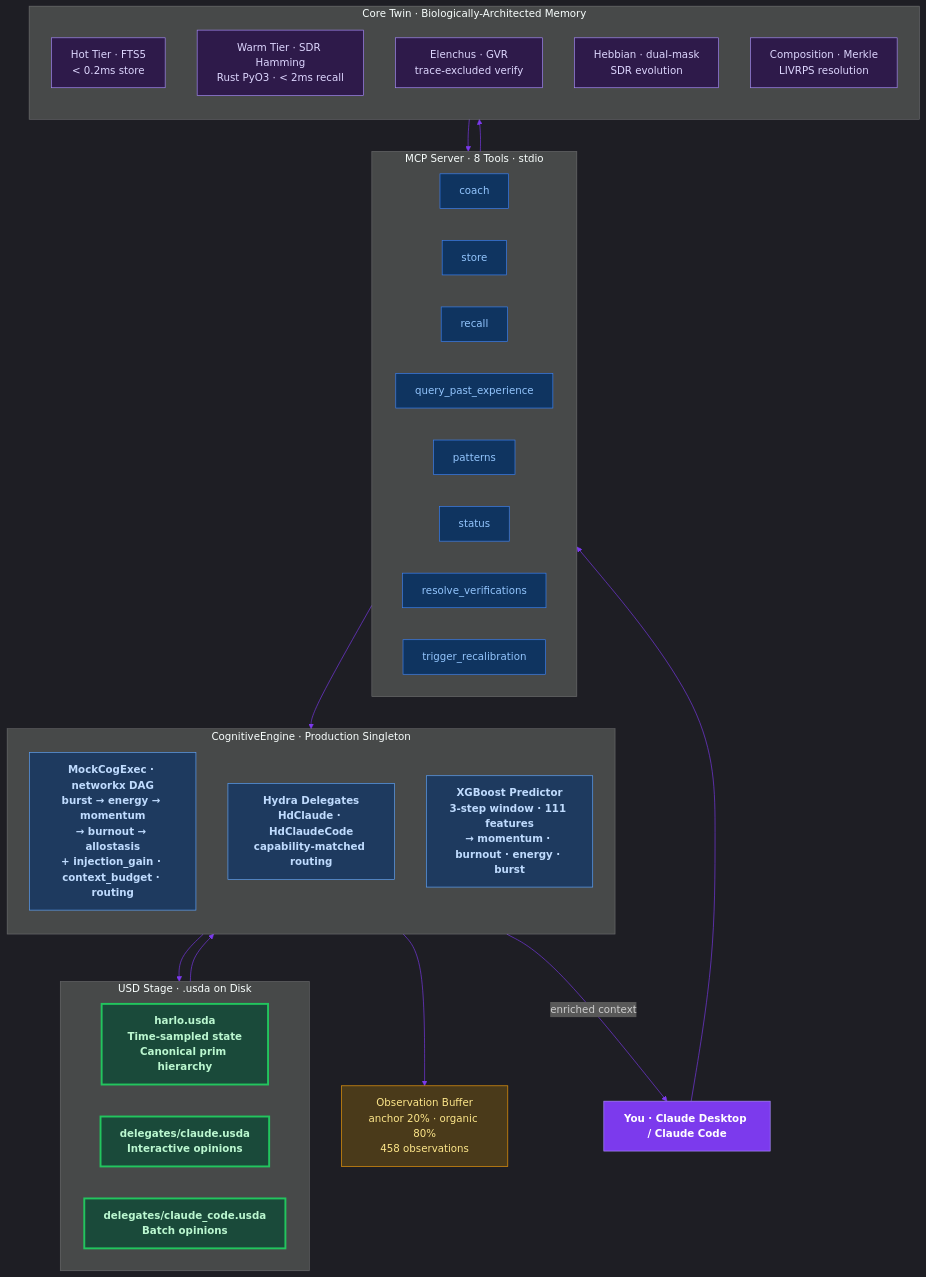
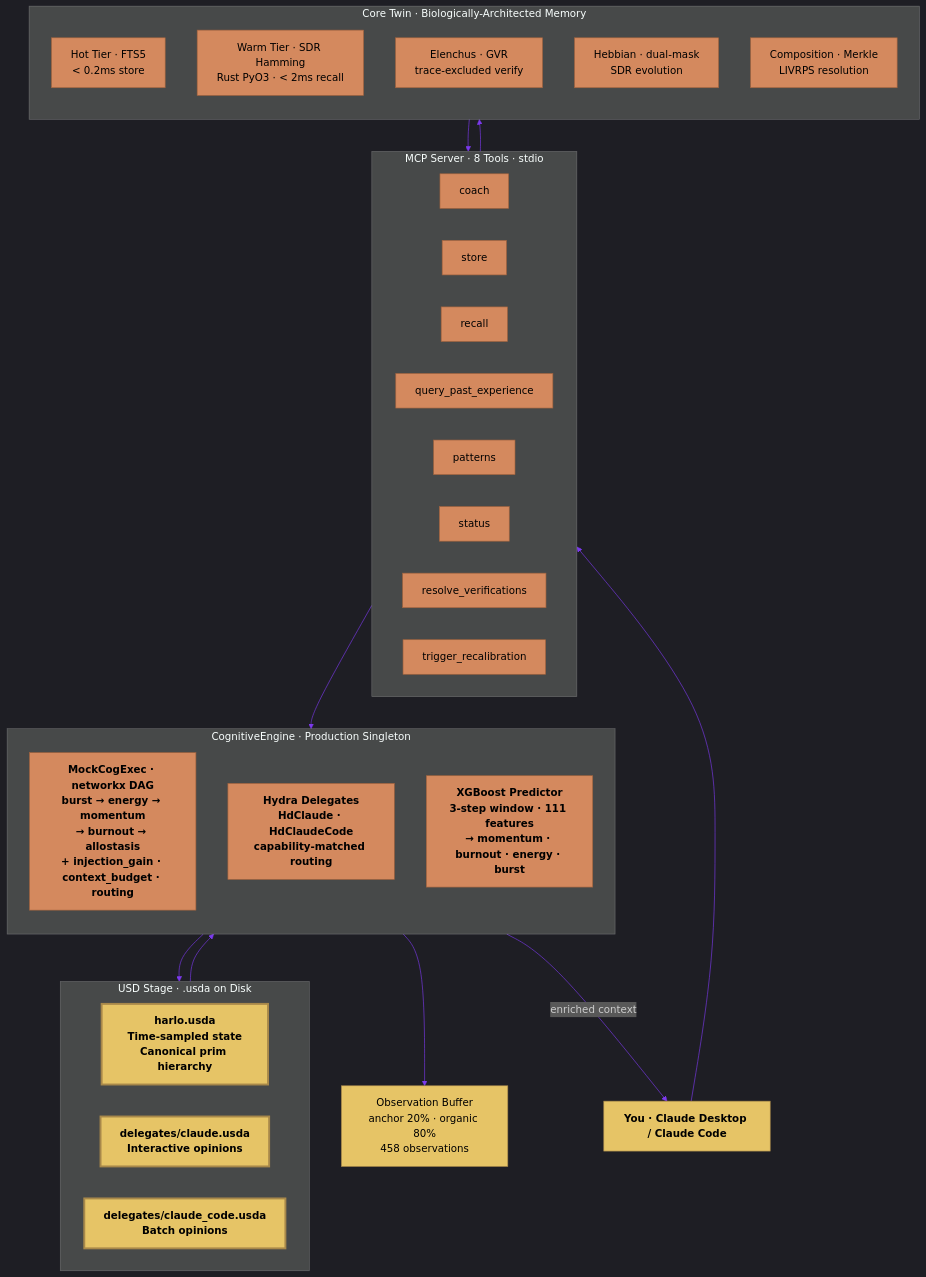
Before and after one commit to JosephOIbrahim/Harlo: the seventh of 11 diagrams in README.md, drawn with Mermaid. The commit also changed other lines of this file, not shown here.

First line of the commit message:
style(readme): unify mermaid diagrams to a 2-color muted orange/yellow scheme with black text

````diff
--- a/README.md
+++ b/README.md
@@ -449,58 +449,58 @@
 ```mermaid
 %%{init: {'theme': 'dark', 'themeVariables': {'primaryColor': '#1a1a2e', 'primaryTextColor': '#e0e0e0', 'primaryBorderColor': '#7c3aed', 'lineColor': '#7c3aed', 'secondaryColor': '#16213e', 'tertiaryColor': '#0f3460'}}}%%
 graph TB
     USER["You · Claude Desktop / Claude Code"]:::user
 
     subgraph MCP["MCP Server · 8 Tools · stdio"]
         direction LR
         COACH["coach"]:::tool
         STORE["store"]:::tool
         RECALL["recall"]:::tool
         QPE["query_past_experience"]:::tool
         PATTERNS["patterns"]:::tool
         SESSION["status"]:::tool
         RESOLVE["resolve_verifications"]:::tool
         RECAL["trigger_recalibration"]:::tool
     end
 
     subgraph ENGINE["CognitiveEngine · Production Singleton"]
         direction TB
         DAG["MockCogExec · networkx DAG\nburst → energy → momentum\n→ burnout → allostasis\n+ injection_gain · context_budget · routing"]:::engine
         DELEGATES["Hydra Delegates\nHdClaude · HdClaudeCode\ncapability-matched routing"]:::engine
         PREDICT["XGBoost Predictor\n3-step window · 111 features\n→ momentum · burnout · energy · burst"]:::engine
     end
 
     subgraph STAGE["USD Stage · .usda on Disk"]
         direction LR
         ROOT["harlo.usda\nTime-sampled state\nCanonical prim hierarchy"]:::usd
         CLAUDE_SUB["delegates/claude.usda\nInteractive opinions"]:::usd
         CODE_SUB["delegates/claude_code.usda\nBatch opinions"]:::usd
     end
 
     subgraph MEMORY["Core Twin · Biologically-Architected Memory"]
         direction TB
         HOT["Hot Tier · FTS5\n< 0.2ms store"]:::memory
         WARM["Warm Tier · SDR Hamming\nRust PyO3 · < 2ms recall"]:::memory
         ELENCHUS["Elenchus · GVR\ntrace-excluded verify"]:::memory
         HEBBIAN["Hebbian · dual-mask\nSDR evolution"]:::memory
         COMPOSITION["Composition · Merkle\nLIVRPS resolution"]:::memory
     end
 
     BUFFER["Observation Buffer\nanchor 20% · organic 80%\n458 observations"]:::buffer
 
     USER --> MCP
     MCP --> ENGINE
     ENGINE --> STAGE
     ENGINE --> BUFFER
     STAGE --> ENGINE
     MCP --> MEMORY
     MEMORY --> MCP
     ENGINE -->|"enriched context"| USER
 
-    classDef user fill:#7c3aed,stroke:#a78bfa,color:#fff,font-weight:bold
-    classDef tool fill:#0f3460,stroke:#3b82f6,color:#93c5fd
-    classDef engine fill:#1e3a5f,stroke:#60a5fa,color:#bfdbfe,font-weight:bold
-    classDef usd fill:#1a4a3a,stroke:#22c55e,color:#bbf7d0,font-weight:bold,stroke-width:3px
-    classDef memory fill:#2e1a4a,stroke:#a78bfa,color:#ddd6fe
-    classDef buffer fill:#4a3a1a,stroke:#f59e0b,color:#fde68a
+    classDef user fill:#e6c466,stroke:#a8884a,color:#000000,font-weight:bold
+    classDef tool fill:#d4895e,stroke:#a0623d,color:#000000
+    classDef engine fill:#d4895e,stroke:#a0623d,color:#000000,font-weight:bold
+    classDef usd fill:#e6c466,stroke:#a8884a,color:#000000,font-weight:bold,stroke-width:3px
+    classDef memory fill:#d4895e,stroke:#a0623d,color:#000000
+    classDef buffer fill:#e6c466,stroke:#a8884a,color:#000000
 ```
````
